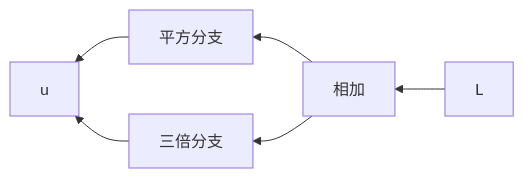
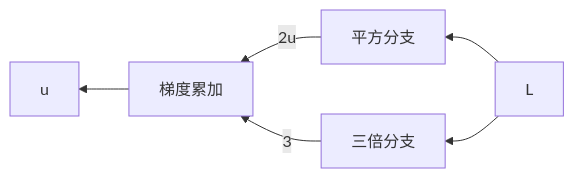
Before and after one commit to Yaoyaolingbro/hello-dl: the second of 2 diagrams in docs/02-deep-learning/02-neural-network-foundations/computational-graphs.md, drawn with Mermaid. The commit also changed other lines of this file and 1 other file, not shown here.

Commit message:
docs(part2): clarify computation graph gradients

````diff
--- a/docs/02-deep-learning/02-neural-network-foundations/computational-graphs.md
+++ b/docs/02-deep-learning/02-neural-network-foundations/computational-graphs.md
@@ -81,8 +81,8 @@
 ```mermaid
 flowchart RL
-    loss["L"] --> add["相加"]
-    add --> square["平方分支"]
-    add --> linear["三倍分支"]
-    square --> u["u"]
-    linear --> u
+    loss["L"] --> square["平方分支"]
+    loss --> linear["三倍分支"]
+    square -->|"2u"| accumulate["梯度累加"]
+    linear -->|"3"| accumulate
+    accumulate --> u["u"]
 ```
````
